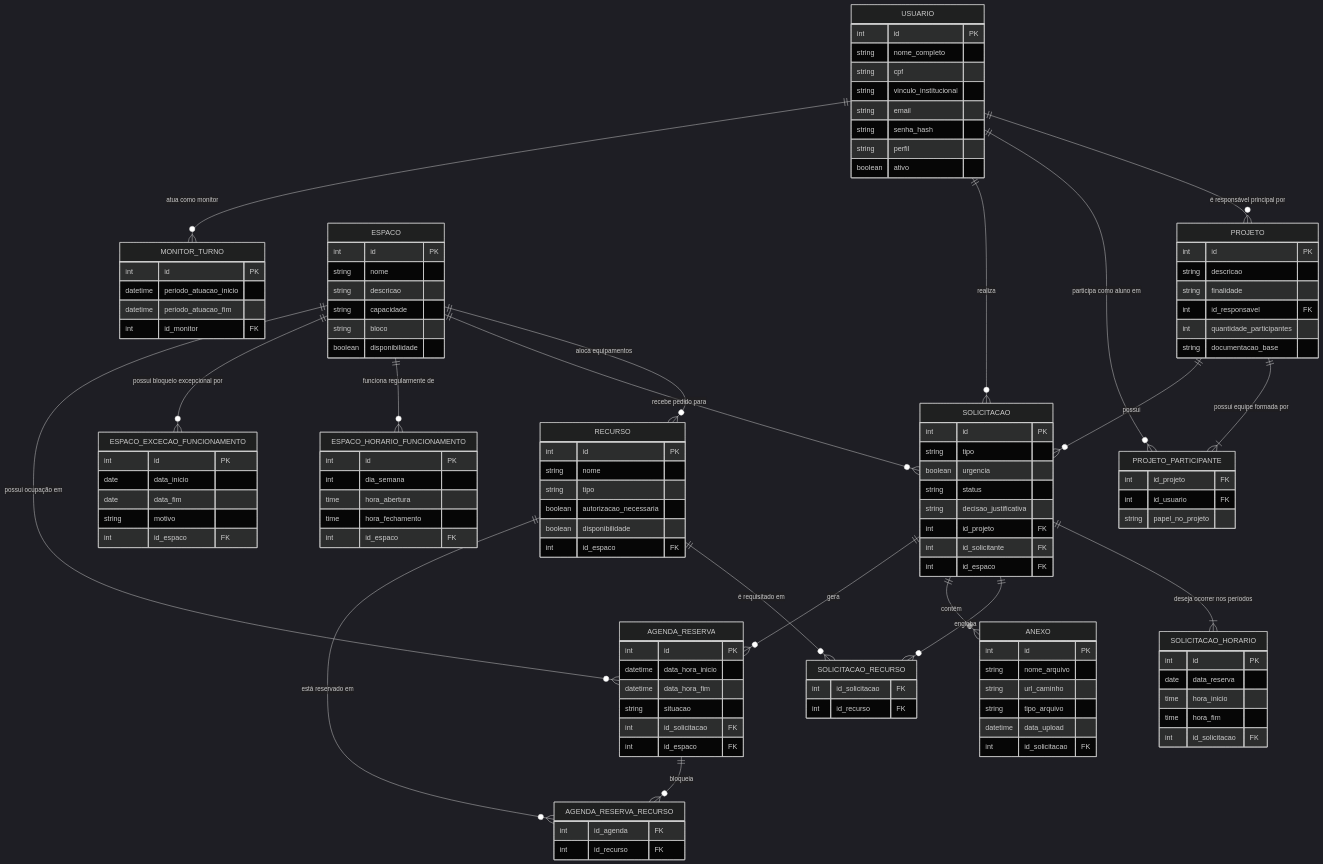
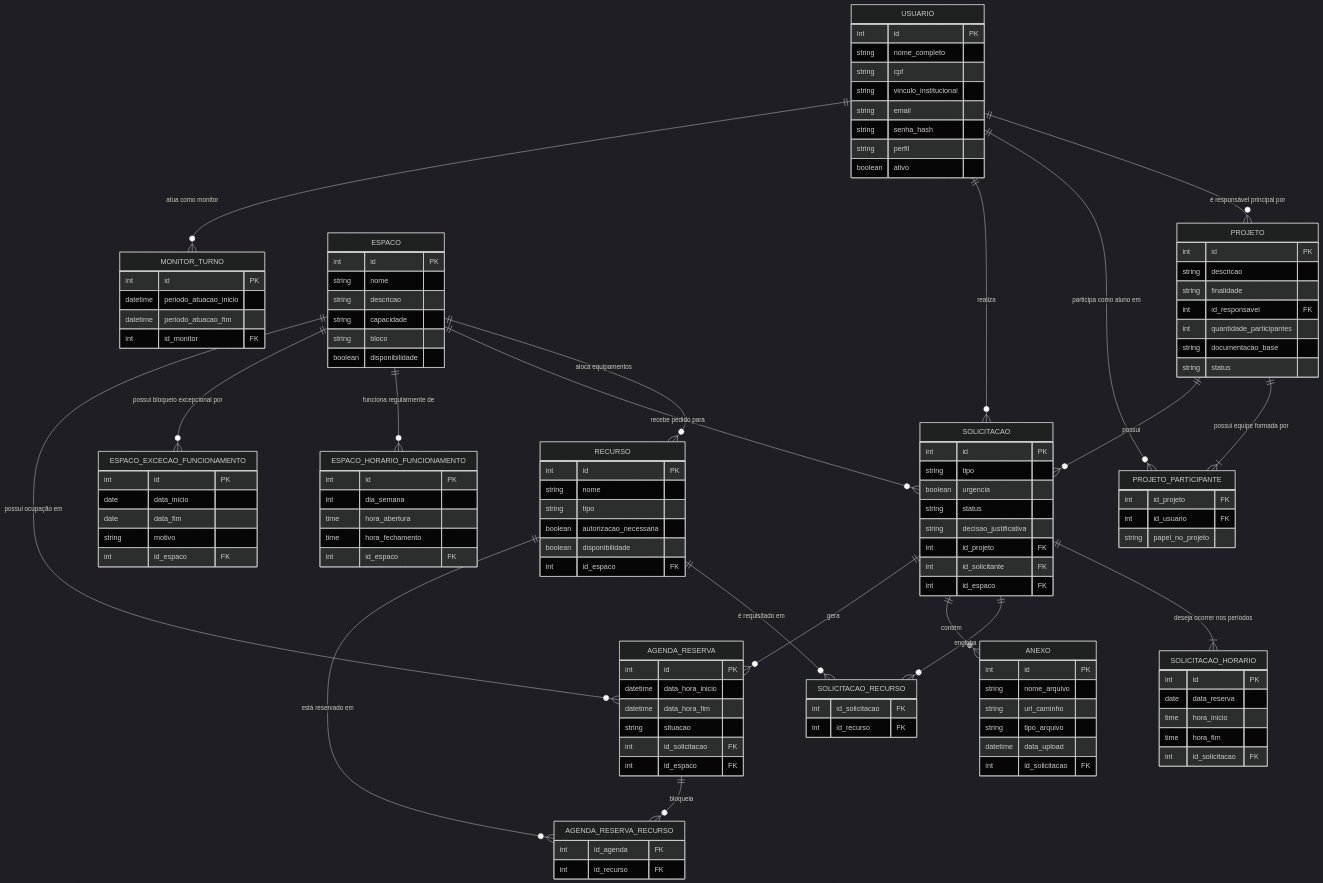
One commit to GlinsC/agendamento_espacos changed the diagram in docs/banco_dados.md. Above: the diagram before and after it, drawn with Mermaid (dark theme). The commit also changed other lines of this file and 18 other files, not shown here.

```diff
--- a/docs/banco_dados.md
+++ b/docs/banco_dados.md
@@ -30,6 +30,7 @@
         int id_responsavel FK
         int quantidade_participantes
         string documentacao_base
+        string status
     }
 
     PROJETO_PARTICIPANTE {
```
